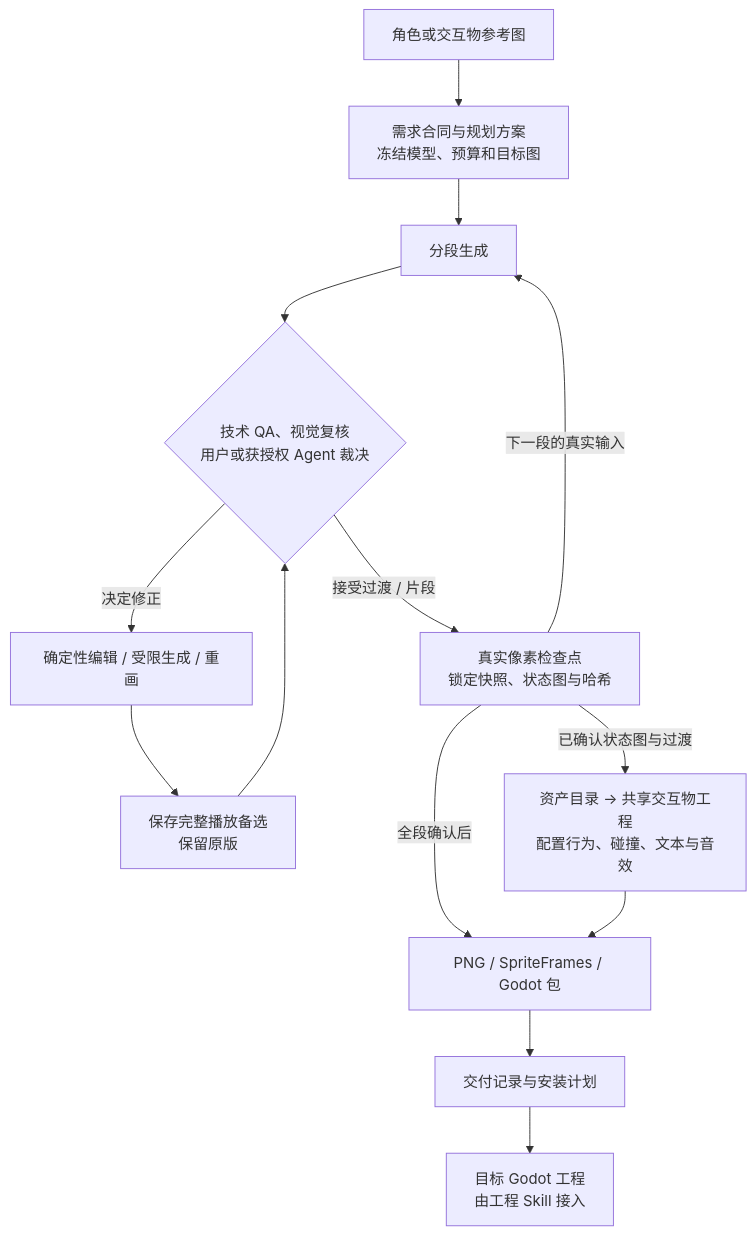
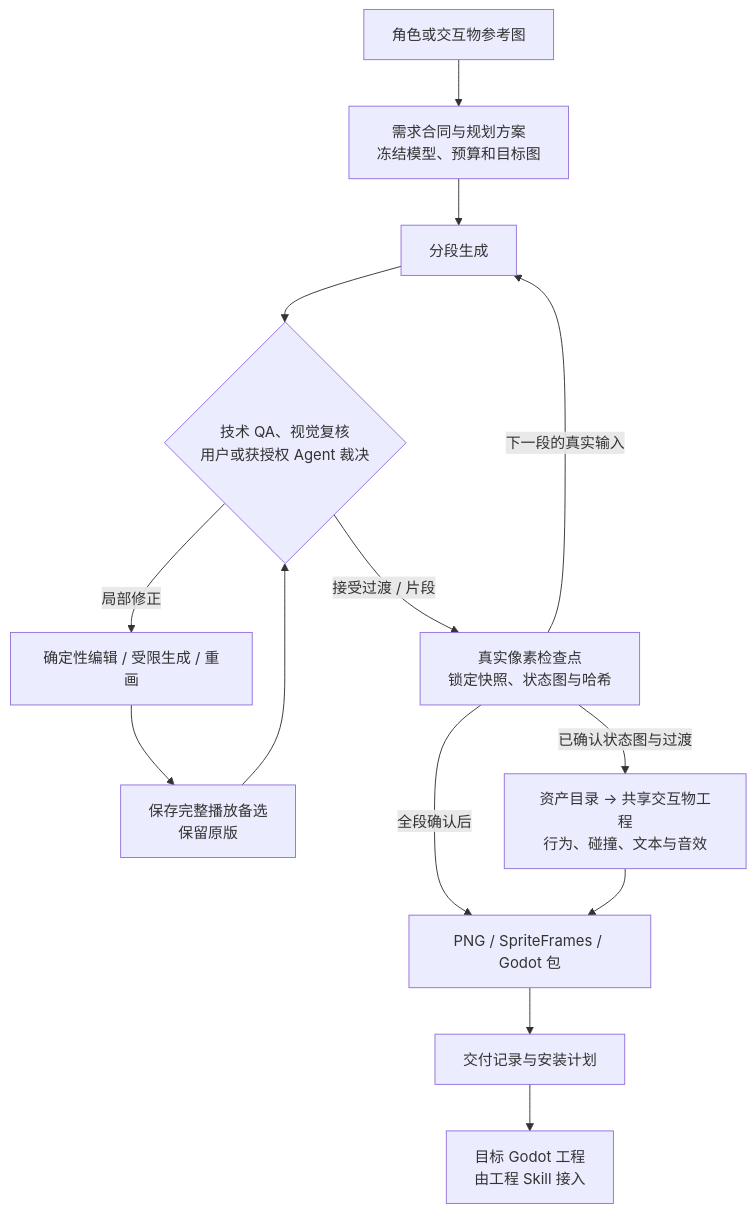
Before and after one commit to flxBurnOut/2DGameDevWorkbench: the second of 2 diagrams in docs/architecture.md, drawn with Mermaid. The commit also changed other lines of this file and 45 other files, not shown here.

````diff
--- a/docs/architecture.md
+++ b/docs/architecture.md
@@ -125,16 +96,16 @@
 ```mermaid
 flowchart TD
     Input["角色或交互物参考图"] --> Plan["需求合同与规划方案<br/>冻结模型、预算和目标图"]
     Plan --> Generate["分段生成"]
     Generate --> Review{"技术 QA、视觉复核<br/>用户或获授权 Agent 裁决"}
     Review -->|"接受过渡 / 片段"| Checkpoint["真实像素检查点<br/>锁定快照、状态图与哈希"]
     Checkpoint -->|"下一段的真实输入"| Generate
-    Review -->|"决定修正"| Edit["确定性编辑 / 受限生成 / 重画"]
+    Review -->|"局部修正"| Edit["确定性编辑 / 受限生成 / 重画"]
     Edit --> Alternative["保存完整播放备选<br/>保留原版"]
     Alternative --> Review
-    Checkpoint -->|"已确认状态图与过渡"| Document["资产目录 → 共享交互物工程<br/>配置行为、碰撞、文本与音效"]
+    Checkpoint -->|"已确认状态图与过渡"| Document["资产目录 → 共享交互物工程<br/>行为、碰撞、文本与音效"]
     Checkpoint -->|"全段确认后"| Export["PNG / SpriteFrames / Godot 包"]
     Document --> Export
     Export --> Delivery["交付记录与安装计划"]
     Delivery --> Godot["目标 Godot 工程<br/>由工程 Skill 接入"]
 ```
````
